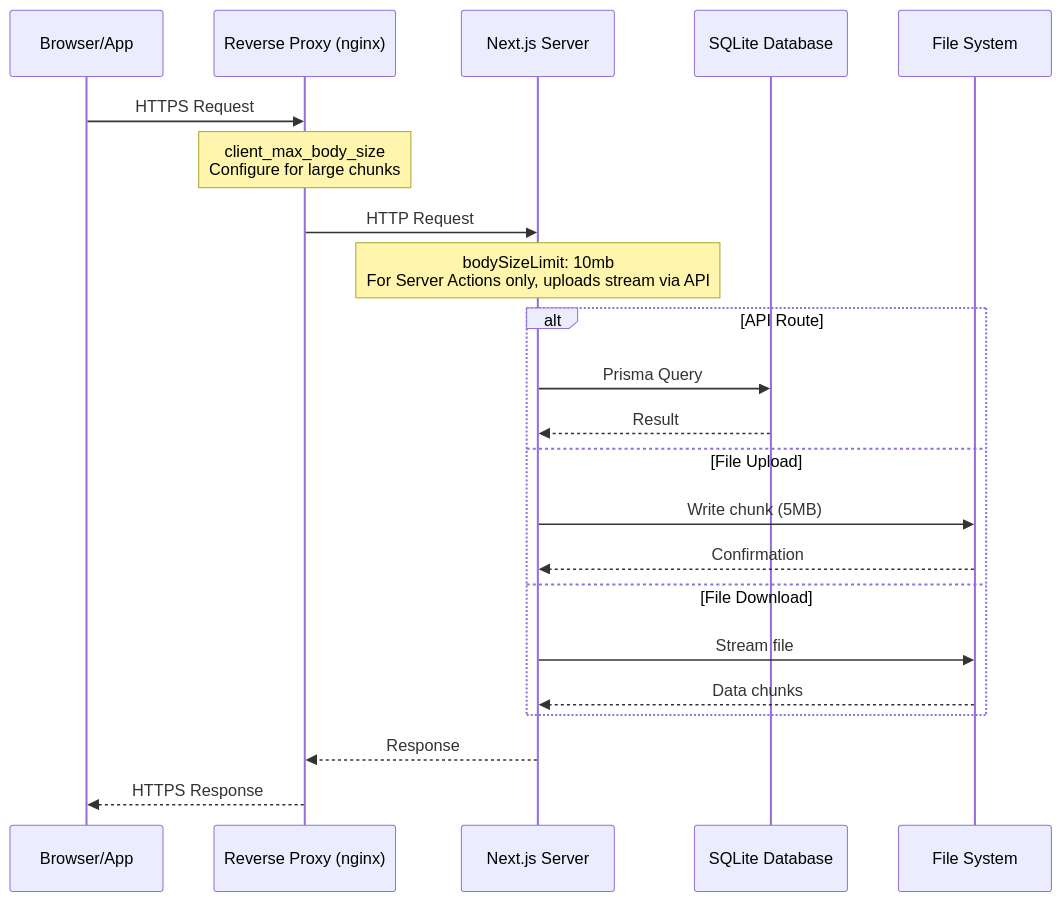
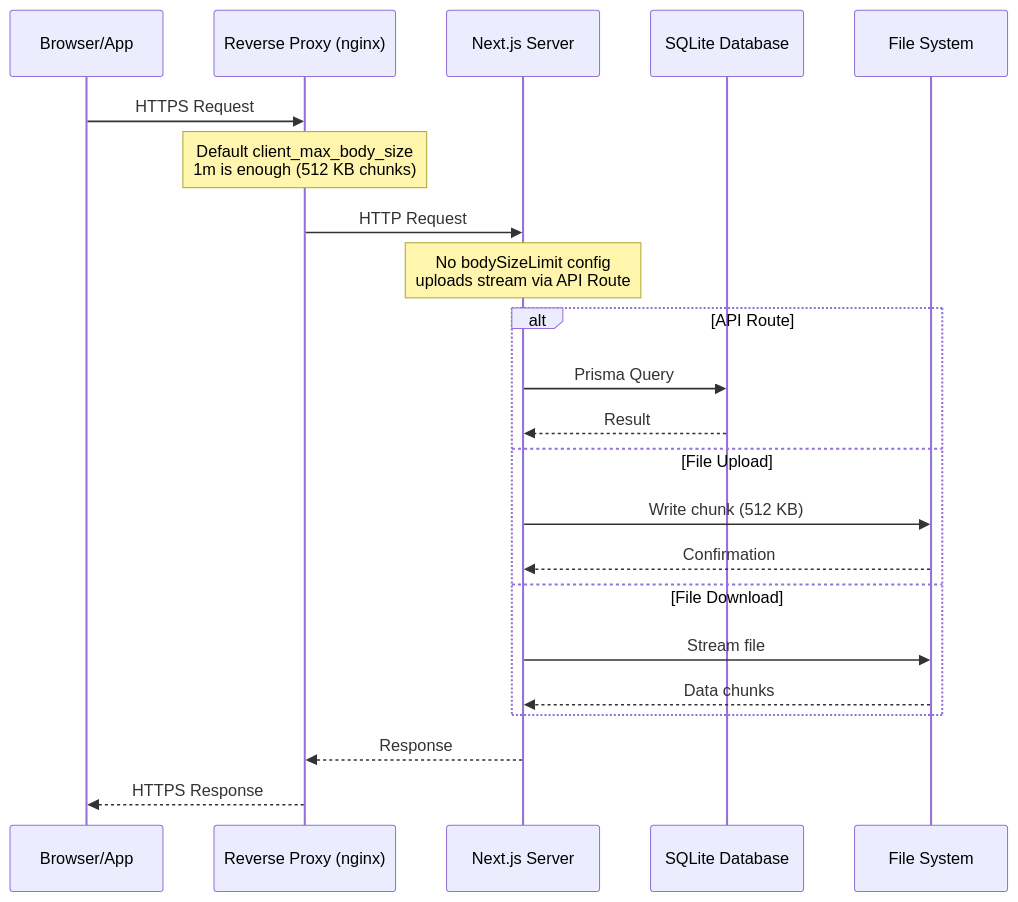
One commit to LinyaVT/LinyaShare changed the diagram in docs/CONFIGURATION.md. Above: the diagram before and after it, drawn with Mermaid. The commit also changed other lines of this file and 14 other files, not shown here.

First line of the commit message:
Reduce chunk size to 512KB, remove Uppy deps, fix auth errors

````diff
--- a/docs/CONFIGURATION.md
+++ b/docs/CONFIGURATION.md
@@ -184,30 +178,30 @@
 ```mermaid
 sequenceDiagram
     participant Client as Browser/App
     participant RP as Reverse Proxy (nginx)
     participant Next as Next.js Server
     participant DB as SQLite Database
     participant FS as File System
 
     Client->>RP: HTTPS Request
     
-    Note over RP: client_max_body_size<br/>Configure for large chunks
+    Note over RP: Default client_max_body_size<br/>1m is enough (512 KB chunks)
     
     RP->>Next: HTTP Request
     
-    Note over Next: bodySizeLimit: 10mb<br/>For Server Actions only, uploads stream via API
+    Note over Next: No bodySizeLimit config<br/>uploads stream via API Route
     
     alt API Route
         Next->>DB: Prisma Query
         DB-->>Next: Result
     else File Upload
-        Next->>FS: Write chunk (5MB)
+        Next->>FS: Write chunk (512 KB)
         FS-->>Next: Confirmation
     else File Download
         Next->>FS: Stream file
         FS-->>Next: Data chunks
     end
     
     Next-->>RP: Response
     RP-->>Client: HTTPS Response
 ```
````
